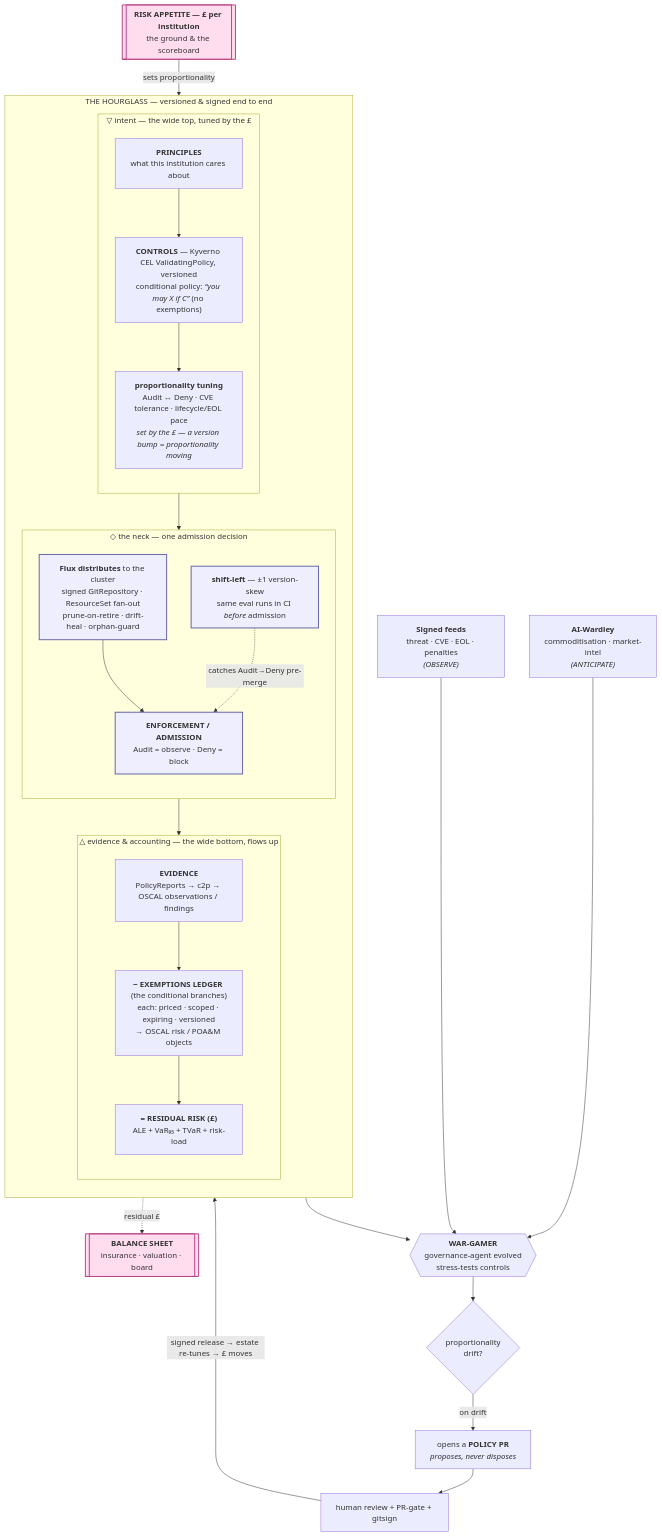
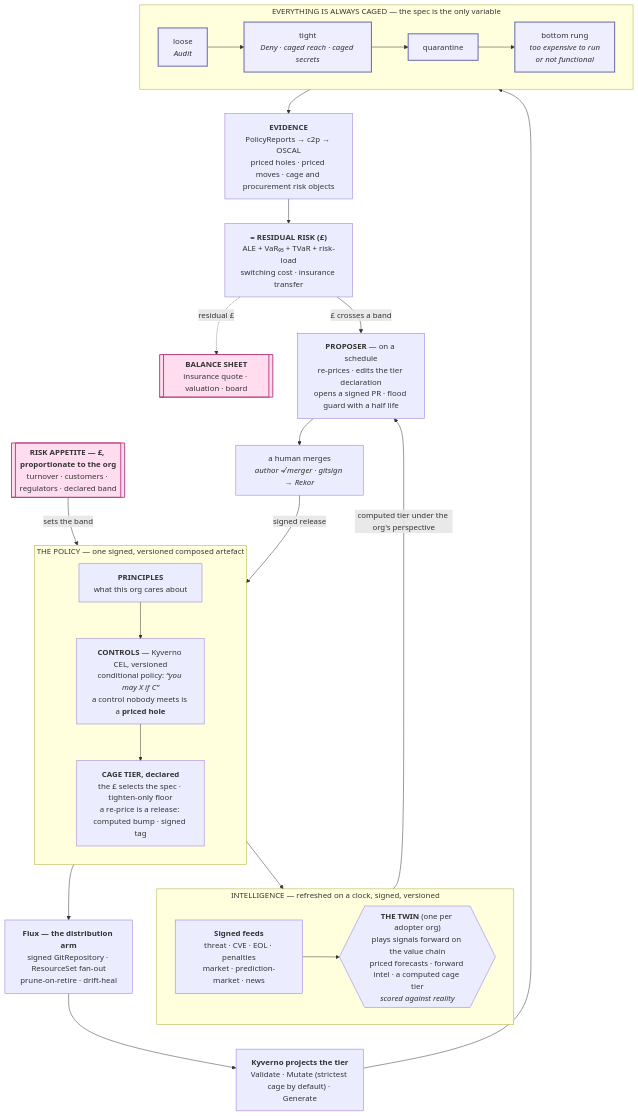
The first of 2 diagrams in .scratch/talk-spec/the-whole-model.md (policy-as-versioned-flux/policy-as-versioned-flux), drawn with Mermaid before and after one commit. The commit also changed other lines of this file and 10 other files, not shown here.

````diff
--- a/.scratch/talk-spec/the-whole-model.md
+++ b/.scratch/talk-spec/the-whole-model.md
@@ -52,60 +59,51 @@
 ```mermaid
 flowchart TB
-    wardley["<b>AI-Wardley</b><br/>commoditisation · market-intel<br/><i>(ANTICIPATE)</i>"]
-    feeds["<b>Signed feeds</b><br/>threat · CVE · EOL · penalties<br/><i>(OBSERVE)</i>"]
-
-    appetite[["<b>RISK APPETITE — £ per institution</b><br/>the ground &amp; the scoreboard"]]
-
-    subgraph hourglass["THE HOURGLASS — versioned &amp; signed end to end"]
-      direction TB
-
-      subgraph top["▽ intent — the wide top, tuned by the £"]
-        direction TB
-        principles["<b>PRINCIPLES</b><br/>what this institution cares about"]
-        controls["<b>CONTROLS</b> — Kyverno CEL ValidatingPolicy, versioned<br/>conditional policy: <i>“you may X if C”</i> (no exemptions)"]
-        tuning["<b>proportionality tuning</b><br/>Audit ↔ Deny · CVE tolerance · lifecycle/EOL pace<br/><i>set by the £ — a version bump = proportionality moving</i>"]
-        principles --> controls --> tuning
-      end
-
-      subgraph neck["◇ the neck — one admission decision"]
-        direction TB
-        dist["<b>Flux distributes</b> to the cluster<br/>signed GitRepository · ResourceSet fan-out<br/>prune-on-retire · drift-heal · orphan-guard"]
-        shiftleft["<b>shift-left</b> — ±1 version-skew<br/>same eval runs in CI <i>before</i> admission"]
-        admission["<b>ENFORCEMENT / ADMISSION</b><br/>Audit = observe · Deny = block"]
-        dist --> admission
-        shiftleft -. catches Audit→Deny pre-merge .-> admission
-      end
-
-      subgraph bottom["△ evidence &amp; accounting — the wide bottom, flows up"]
-        direction TB
-        evidence["<b>EVIDENCE</b><br/>PolicyReports → c2p → OSCAL observations / findings"]
-        ledger["<b>− EXEMPTIONS LEDGER</b> (the conditional branches)<br/>each: priced · scoped · expiring · versioned<br/>→ OSCAL risk / POA&amp;M objects"]
-        residual["<b>= RESIDUAL RISK (£)</b><br/>ALE + VaR₉₅ + TVaR + risk-load"]
-        evidence --> ledger --> residual
-      end
-
-      tuning --> dist
-      admission --> evidence
+    subgraph intel["INTELLIGENCE — refreshed on a clock, signed, versioned"]
+      direction LR
+      feeds["<b>Signed feeds</b><br/>threat · CVE · EOL · penalties<br/>market · prediction-market · news"]
+      twin{{"<b>THE TWIN</b> (one per adopter org)<br/>plays signals forward on the value chain<br/>priced forecasts · forward intel · a computed cage tier<br/><i>scored against reality</i>"}}
+      feeds --> twin
     end
 
-    balance[["<b>BALANCE SHEET</b><br/>insurance · valuation · board"]]
+    appetite[["<b>RISK APPETITE — £, proportionate to the org</b><br/>turnover · customers · regulators · declared band"]]
 
-    wargamer{{"<b>WAR-GAMER</b><br/>governance-agent evolved<br/>stress-tests controls"}}
-    drift{"proportionality<br/>drift?"}
-    pr["opens a <b>POLICY PR</b><br/><i>proposes, never disposes</i>"]
-    gate["human review + PR-gate + gitsign"]
+    subgraph policy["THE POLICY — one signed, versioned composed artefact"]
+      direction TB
+      principles["<b>PRINCIPLES</b><br/>what this org cares about"]
+      controls["<b>CONTROLS</b> — Kyverno CEL, versioned<br/>conditional policy: <i>“you may X if C”</i><br/>a control nobody meets is a <b>priced hole</b>"]
+      tier["<b>CAGE TIER, declared</b><br/>the £ selects the spec · tighten-only floor<br/>a re-price is a release: computed bump · signed tag"]
+      principles --> controls --> tier
+    end
 
-    appetite -->|sets proportionality| tuning
-    controls --> wargamer
-    wardley --> wargamer
-    feeds --> wargamer
-    wargamer --> drift
-    drift -->|on drift| pr --> gate
-    gate -->|"signed release → estate re-tunes → £ moves"| controls
-    residual -.->|residual £| balance
+    subgraph cages["EVERYTHING IS ALWAYS CAGED — the spec is the only variable"]
+      direction LR
+      loose["loose<br/><i>Audit</i>"]
+      tight["tight<br/><i>Deny · caged reach · caged secrets</i>"]
+      quarantine["quarantine"]
+      bottom["bottom rung<br/><i>too expensive to run<br/>or not functional</i>"]
+      loose --> tight --> quarantine --> bottom
+    end
+
+    flux["<b>Flux — the distribution arm</b><br/>signed GitRepository · ResourceSet fan-out<br/>prune-on-retire · drift-heal"]
+    kyverno["<b>Kyverno projects the tier</b><br/>Validate · Mutate (strictest cage by default) · Generate"]
+
+    evidence["<b>EVIDENCE</b><br/>PolicyReports → c2p → OSCAL<br/>priced holes · priced moves · cage and procurement risk objects"]
+    residual["<b>= RESIDUAL RISK (£)</b><br/>ALE + VaR₉₅ + TVaR + risk-load<br/>switching cost · insurance transfer"]
+    balance[["<b>BALANCE SHEET</b><br/>insurance quote · valuation · board"]]
+
+    proposer["<b>PROPOSER</b> — on a schedule<br/>re-prices · edits the tier declaration<br/>opens a signed PR · flood guard with a half life"]
+    human["a human merges<br/><i>author ≠ merger · gitsign → Rekor</i>"]
+
+    appetite -->|"sets the band"| tier
+    twin -->|"computed tier under the org's perspective"| proposer
+    proposer --> human -->|"signed release"| tier
+    tier --> flux --> kyverno --> cages
+    cages --> evidence --> residual -.->|"residual £"| balance
+    residual -->|"£ crosses a band"| proposer
+    controls --> twin
 
     classDef ground fill:#fde,stroke:#b48,stroke-width:2px;
     class appetite,balance ground;
-    classDef neckzone fill:#eef,stroke:#66a,stroke-width:2px;
-    class dist,shiftleft,admission neckzone;
+    classDef cage fill:#eef,stroke:#66a,stroke-width:2px;
+    class loose,tight,quarantine,bottom cage;
 ```
````
